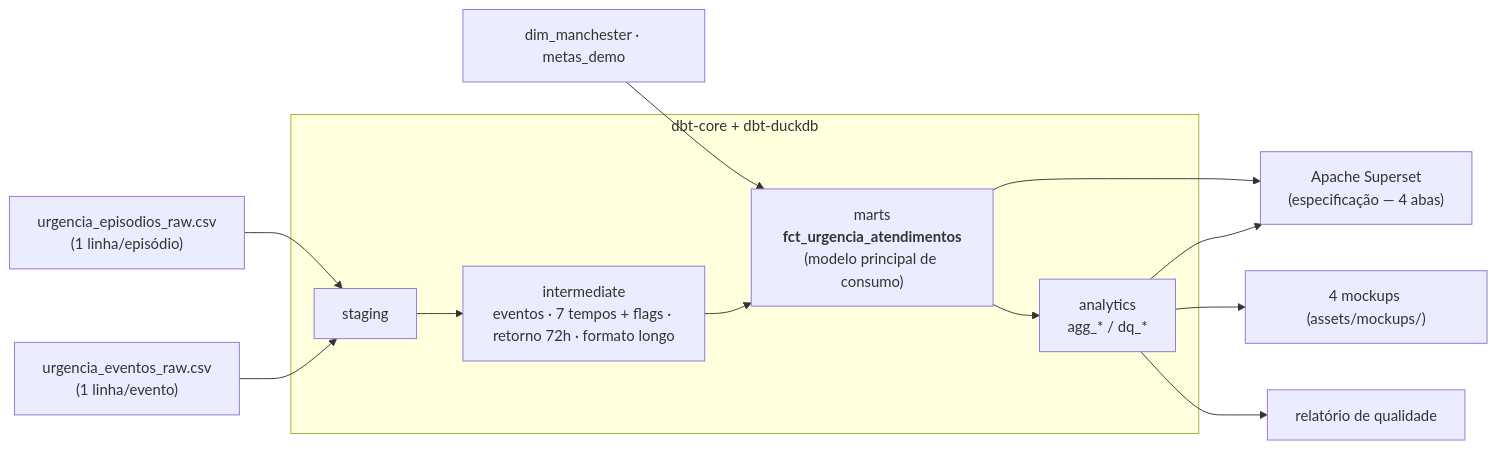
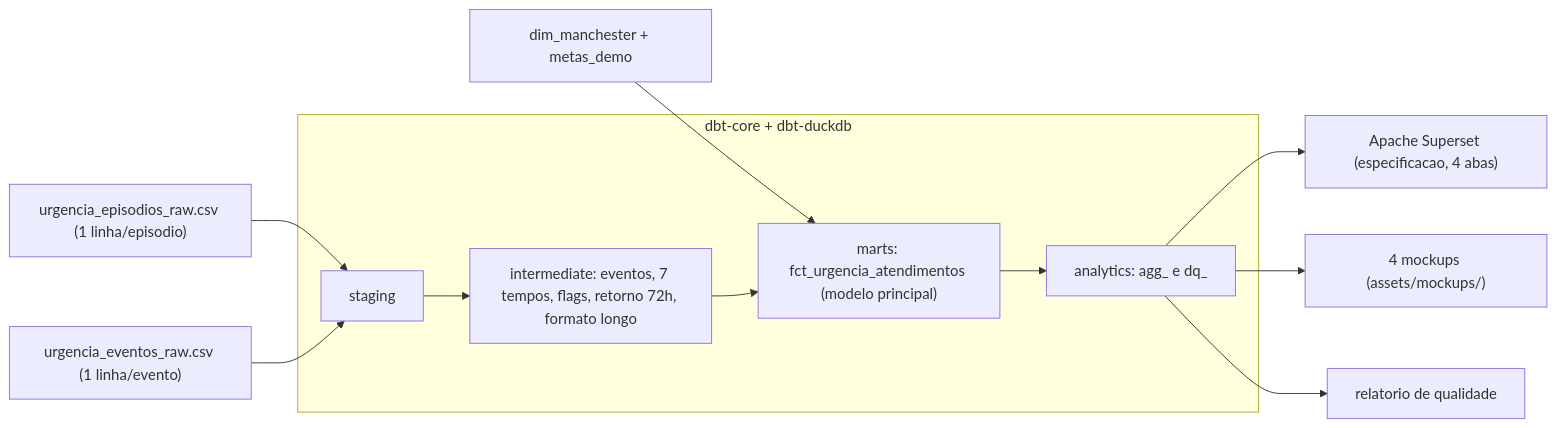
One commit to gabrielcathcart/sgi-indicadores-por-processo changed the diagram in README.md. Above: the diagram before and after it, drawn with Mermaid.

Commit message:
Fix formatting in architecture section of README

````diff
--- a/README.md
+++ b/README.md
@@ -61,13 +61,20 @@
 ```mermaid
 flowchart LR
-    A["urgencia_episodios_raw.csv<br/>(1 linha/episódio)"] --> S
-    B["urgencia_eventos_raw.csv<br/>(1 linha/evento)"] --> S
-    R["dim_manchester · metas_demo"] --> F
+    A["urgencia_episodios_raw.csv (1 linha/episodio)"] --> S
+    B["urgencia_eventos_raw.csv (1 linha/evento)"] --> S
+    R["dim_manchester + metas_demo"] --> F
+
     subgraph dbt["dbt-core + dbt-duckdb"]
-        S["staging"] --> I["intermediate<br/>eventos · 7 tempos + flags · retorno 72h · formato longo"] --> F["marts<br/><b>fct_urgencia_atendimentos</b><br/>(modelo principal de consumo)"] --> AG["analytics<br/>agg_* / dq_*"]
+        S["staging"]
+        I["intermediate: eventos, 7 tempos, flags, retorno 72h, formato longo"]
+        F["marts: fct_urgencia_atendimentos (modelo principal)"]
+        AG["analytics: agg_ e dq_"]
+        S --> I
+        I --> F
+        F --> AG
     end
-    F --> SU["Apache Superset<br/>(especificação — 4 abas)"]
-    AG --> SU
+
+    AG --> SU["Apache Superset (especificacao, 4 abas)"]
     AG --> PNG["4 mockups (assets/mockups/)"]
-    AG --> REL["relatório de qualidade"]
+    AG --> REL["relatorio de qualidade"]
 ```
````
